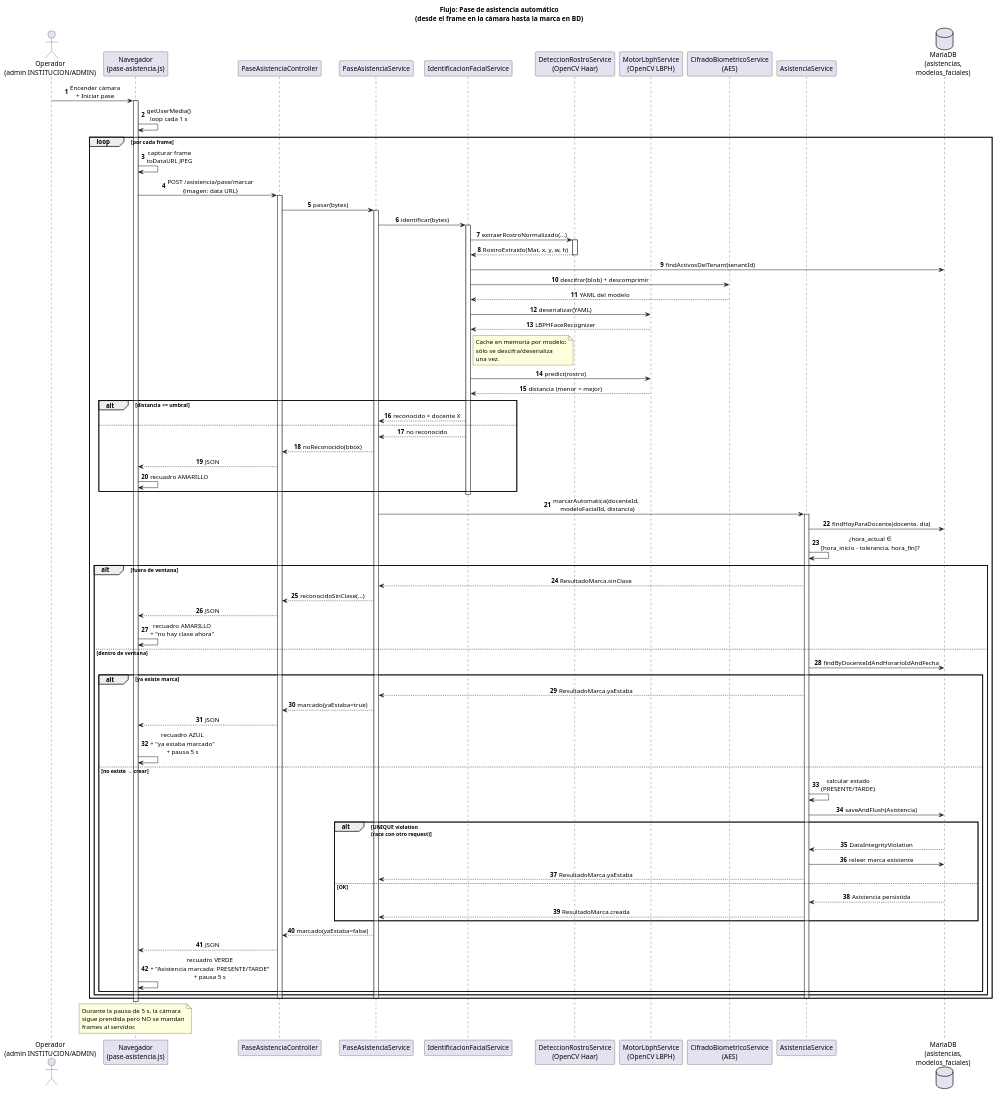
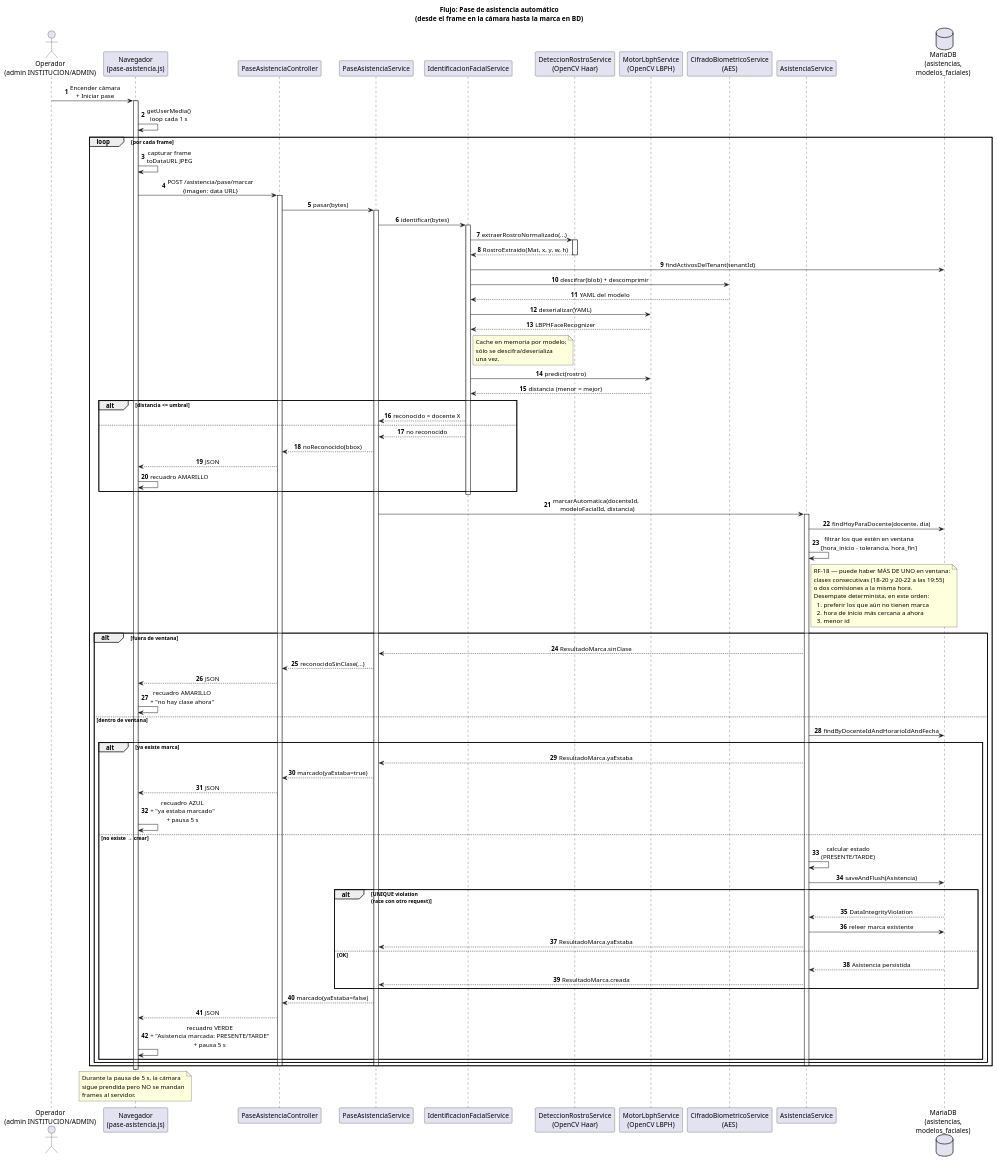
The diagram in docs/5-diagramas/secuencia-pase-asistencia.puml (fran-q/asistencias-docente), drawn with PlantUML before and after one commit. The commit also changed 9 other files, not shown here.

First line of the commit message:
docs: actualizar diagramas, changelog, manual y requerimientos

```diff
--- a/docs/5-diagramas/secuencia-pase-asistencia.puml
+++ b/docs/5-diagramas/secuencia-pase-asistencia.puml
@@ -1,107 +1,117 @@
 @startuml secuencia-pase-asistencia
 title Flujo: Pase de asistencia automático\n(desde el frame en la cámara hasta la marca en BD)
 
 skinparam sequenceMessageAlign center
 skinparam responseMessageBelowArrow true
 autonumber
 
 actor "Operador\n(admin INSTITUCION/ADMIN)" as Op
 participant "Navegador\n(pase-asistencia.js)" as JS
 participant "PaseAsistenciaController" as PC
 participant "PaseAsistenciaService" as PS
 participant "IdentificacionFacialService" as IFS
 participant "DeteccionRostroService\n(OpenCV Haar)" as DRS
 participant "MotorLbphService\n(OpenCV LBPH)" as MLS
 participant "CifradoBiometricoService\n(AES)" as CIF
 participant "AsistenciaService" as AS
 database "MariaDB\n(asistencias,\nmodelos_faciales)" as DB
 
 Op -> JS : Encender cámara\n+ Iniciar pase
 activate JS
 JS -> JS : getUserMedia()\nloop cada 1 s
 
 loop por cada frame
   JS -> JS : capturar frame\ntoDataURL JPEG
   JS -> PC : POST /asistencia/pase/marcar\n{imagen: data URL}
   activate PC
   PC -> PS : pasar(bytes)
   activate PS
 
   PS -> IFS : identificar(bytes)
   activate IFS
   IFS -> DRS : extraerRostroNormalizado(...)
   activate DRS
   DRS --> IFS : RostroExtraido(Mat, x, y, w, h)
   deactivate DRS
 
   IFS -> DB : findActivosDelTenant(tenantId)
   IFS -> CIF : descifrar(blob) + descomprimir
   CIF --> IFS : YAML del modelo
   IFS -> MLS : deserializar(YAML)
   MLS --> IFS : LBPHFaceRecognizer
   note right of IFS
     Cache en memoria por modelo;
     sólo se descifra/deserializa
     una vez.
   end note
 
   IFS -> MLS : predict(rostro)
   MLS --> IFS : distancia (menor = mejor)
 
   alt distancia <= umbral
     IFS --> PS : reconocido = docente X
   else
     IFS --> PS : no reconocido
     PS --> PC : noReconocido(bbox)
     PC --> JS : JSON
     JS -> JS : recuadro AMARILLO
   end
   deactivate IFS
 
   PS -> AS : marcarAutomatica(docenteId,\n  modeloFacialId, distancia)
   activate AS
   AS -> DB : findHoyParaDocente(docente, dia)
-  AS -> AS : ¿hora_actual ∈\n[hora_inicio - tolerancia, hora_fin]?
+  AS -> AS : filtrar los que estén en ventana\n[hora_inicio - tolerancia, hora_fin]
+
+  note right of AS
+    RF-18 — puede haber MÁS DE UNO en ventana:
+    clases consecutivas (18-20 y 20-22 a las 19:55)
+    o dos comisiones a la misma hora.
+    Desempate determinista, en este orden:
+      1. preferir los que aún no tienen marca
+      2. hora de inicio más cercana a ahora
+      3. menor id
+  end note
 
   alt fuera de ventana
     AS --> PS : ResultadoMarca.sinClase
     PS --> PC : reconocidoSinClase(...)
     PC --> JS : JSON
     JS -> JS : recuadro AMARILLO\n+ "no hay clase ahora"
   else dentro de ventana
     AS -> DB : findByDocenteIdAndHorarioIdAndFecha
     alt ya existe marca
       AS --> PS : ResultadoMarca.yaEstaba
       PS --> PC : marcado(yaEstaba=true)
       PC --> JS : JSON
       JS -> JS : recuadro AZUL\n+ "ya estaba marcado"\n+ pausa 5 s
     else no existe → crear
       AS -> AS : calcular estado\n(PRESENTE/TARDE)
       AS -> DB : saveAndFlush(Asistencia)
       alt UNIQUE violation\n(race con otro request)
         DB --> AS : DataIntegrityViolation
         AS -> DB : releer marca existente
         AS --> PS : ResultadoMarca.yaEstaba
       else OK
         DB --> AS : Asistencia persistida
         AS --> PS : ResultadoMarca.creada
       end
       PS --> PC : marcado(yaEstaba=false)
       PC --> JS : JSON
       JS -> JS : recuadro VERDE\n+ "Asistencia marcada: PRESENTE/TARDE"\n+ pausa 5 s
     end
   end
   deactivate AS
   deactivate PS
   deactivate PC
 end
 
 deactivate JS
 
 note over JS
   Durante la pausa de 5 s, la cámara
   sigue prendida pero NO se mandan
   frames al servidor.
 end note
 
 @enduml
```
